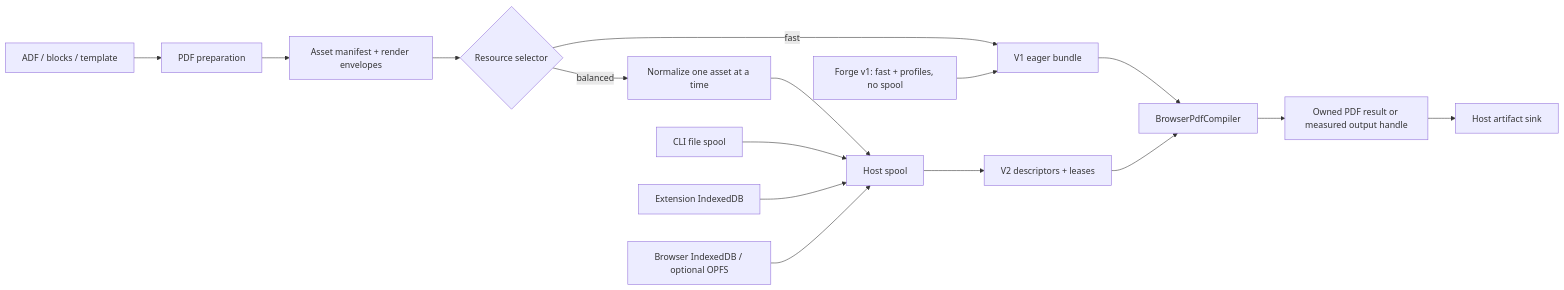
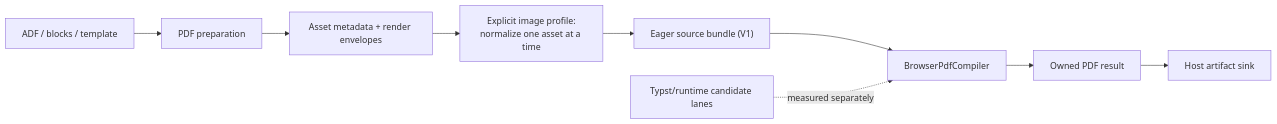
The diagram in specs/issue-118-adaptive-browser-pdf-memory/PLAN.md (BjoernSchotte/atlcli), drawn with Mermaid before and after one commit. The commit also changed other lines of this file, not shown here.

First line of the commit message:
docs(pdf): close transport track per measured attribution gate

````diff
--- a/specs/issue-118-adaptive-browser-pdf-memory/PLAN.md
+++ b/specs/issue-118-adaptive-browser-pdf-memory/PLAN.md
@@ -215,19 +241,12 @@
 ```mermaid
 flowchart LR
   A["ADF / blocks / template"] --> P["PDF preparation"]
-  P --> M["Asset manifest + render envelopes"]
-  M --> S{"Resource selector"}
-  S -->|"fast"| E["V1 eager bundle"]
-  S -->|"balanced"| N["Normalize one asset at a time"]
-  N --> H["Host spool"]
-  H --> L["V2 descriptors + leases"]
+  P --> M["Asset metadata + render envelopes"]
+  M --> N["Explicit image profile:
+normalize one asset at a time"]
+  N --> E["Eager source bundle (V1)"]
   E --> C["BrowserPdfCompiler"]
-  L --> C
-  C --> O["Owned PDF result or measured output handle"]
+  C --> O["Owned PDF result"]
   O --> W["Host artifact sink"]
-
-  X["CLI file spool"] --> H
-  Y["Extension IndexedDB"] --> H
-  Z["Browser IndexedDB / optional OPFS"] --> H
-  F["Forge v1: fast + profiles, no spool"] --> E
+  R["Typst/runtime candidate lanes"] -. measured separately .-> C
 ```
````
